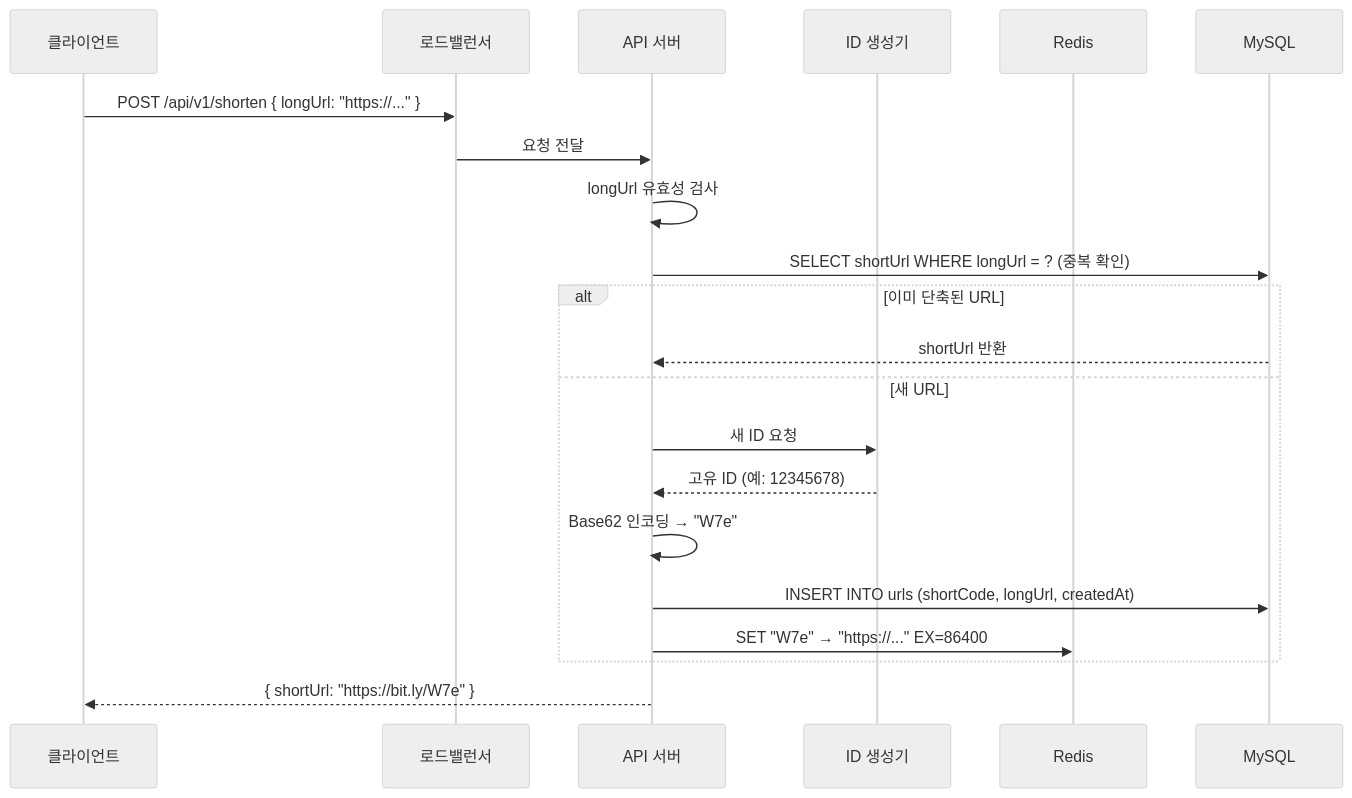
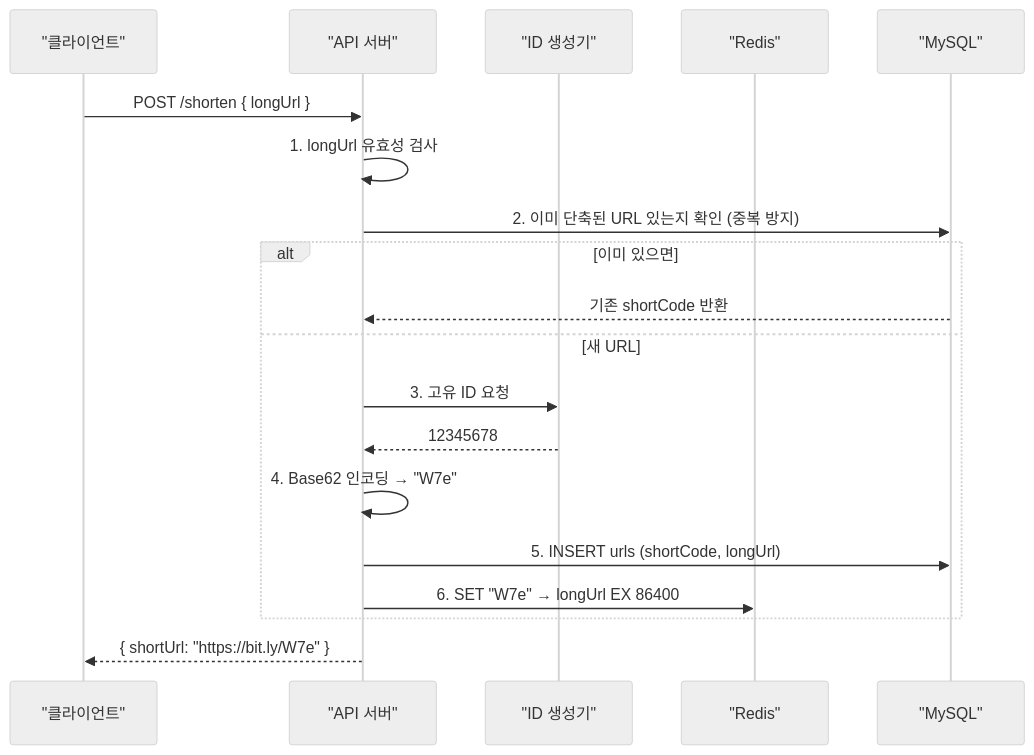
The third of 7 diagrams in _posts/systemdesign/2026-05-02-system-design-url-shortener.md (yjkim2015/yjkim2015.github.io), drawn with Mermaid (neutral theme) before and after one commit. The commit also changed other lines of this file and 122 other files, not shown here.

````diff
--- a/_posts/systemdesign/2026-05-02-system-design-url-shortener.md
+++ b/_posts/systemdesign/2026-05-02-system-design-url-shortener.md
@@ -171,27 +123,22 @@
 ```mermaid
 sequenceDiagram
-    participant C as 클라이언트
-    participant LB as 로드밸런서
-    participant API as API 서버
-    participant ID as ID 생성기
-    participant Cache as Redis
-    participant DB as MySQL
+    participant C as "클라이언트"
+    participant API as "API 서버"
+    participant ID as "ID 생성기"
+    participant Cache as "Redis"
+    participant DB as "MySQL"
 
-    C->>LB: POST /api/v1/shorten { longUrl: "https://..." }
-    LB->>API: 요청 전달
-
-    API->>API: longUrl 유효성 검사
-    API->>DB: SELECT shortUrl WHERE longUrl = ? (중복 확인)
-
-    alt 이미 단축된 URL
-        DB-->>API: shortUrl 반환
+    C->>API: POST /shorten { longUrl }
+    API->>API: 1. longUrl 유효성 검사
+    API->>DB: 2. 이미 단축된 URL 있는지 확인 (중복 방지)
+    alt 이미 있으면
+        DB-->>API: 기존 shortCode 반환
     else 새 URL
-        API->>ID: 새 ID 요청
-        ID-->>API: 고유 ID (예: 12345678)
-        API->>API: Base62 인코딩 → "W7e"
-        API->>DB: INSERT INTO urls (shortCode, longUrl, createdAt)
-        API->>Cache: SET "W7e" → "https://..." EX=86400
+        API->>ID: 3. 고유 ID 요청
+        ID-->>API: 12345678
+        API->>API: 4. Base62 인코딩 → "W7e"
+        API->>DB: 5. INSERT urls (shortCode, longUrl)
+        API->>Cache: 6. SET "W7e" → longUrl EX 86400
     end
-
     API-->>C: { shortUrl: "https://bit.ly/W7e" }
 ```
````
